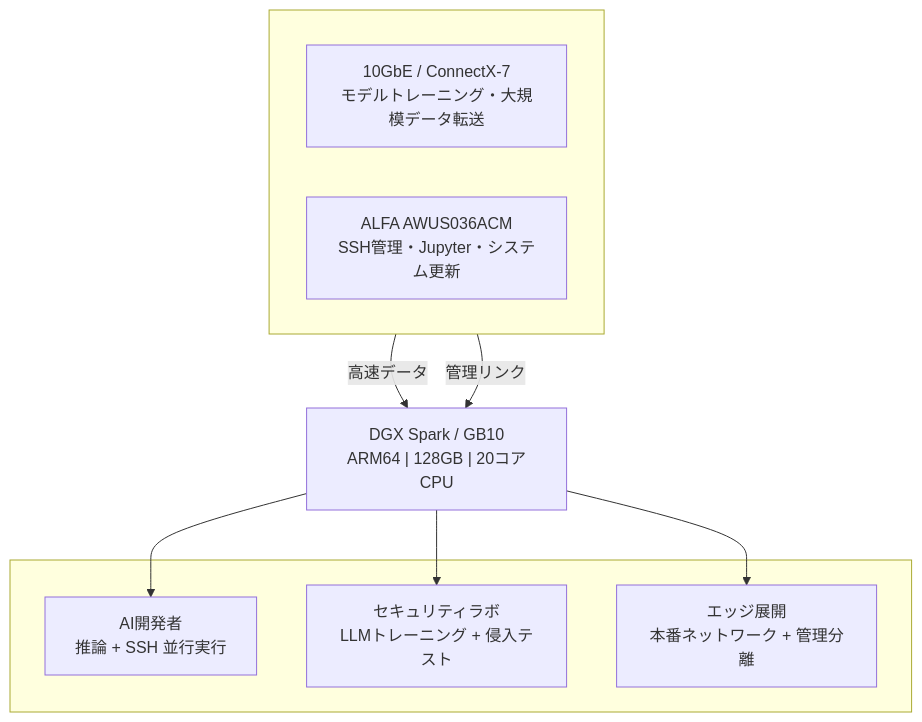
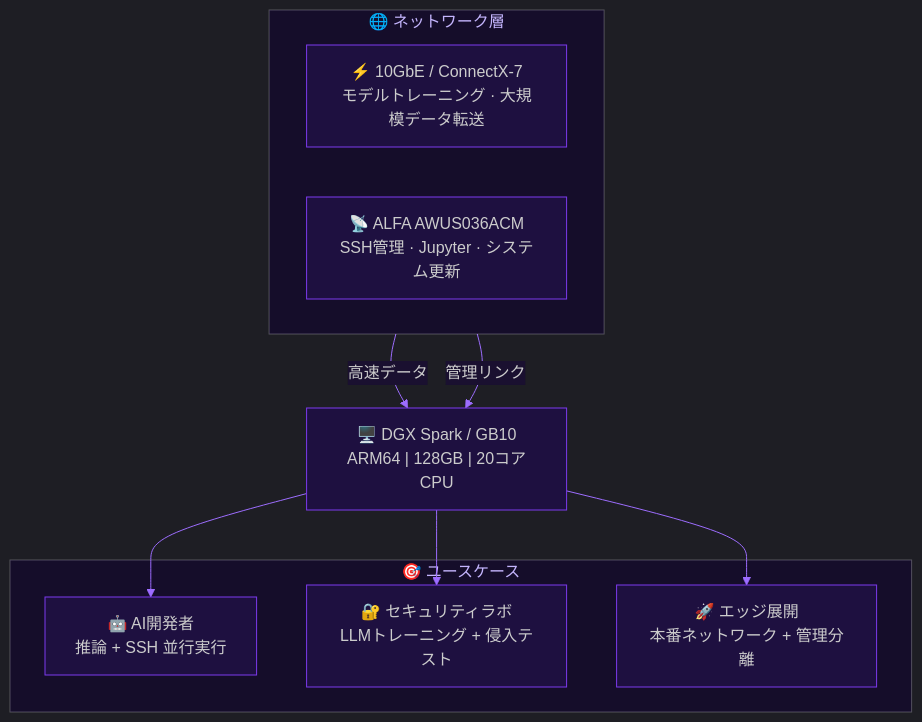
The diagram in content/ja/blog/dgx-spark-gb10-wifi-alfa-usb-fix/_index.md (yopitek/yupitek_official_web), drawn with Mermaid before and after one commit. The commit also changed 9 other files, not shown here.

First line of the commit message:
style: upgrade mermaid diagram to cyber purple theme (all 10 languages)

````diff
--- a/content/ja/blog/dgx-spark-gb10-wifi-alfa-usb-fix/_index.md
+++ b/content/ja/blog/dgx-spark-gb10-wifi-alfa-usb-fix/_index.md
@@ -217,22 +217,23 @@
 ```mermaid
+%%{init:{"theme":"dark","themeVariables":{"primaryColor":"#2d1f4e","primaryTextColor":"#e2d9f3","primaryBorderColor":"#7c3aed","lineColor":"#9d6dff","secondaryColor":"#1a1030","tertiaryColor":"#0e0818","background":"#0e0818","mainBkg":"#1e1040","nodeBorder":"#7c3aed","clusterBkg":"#150d2a","titleColor":"#c4b5fd","edgeLabelBackground":"#1a1030","attributeBackgroundColorEven":"#1e1040","attributeBackgroundColorOdd":"#150d2a"}}}%%
 flowchart TD
-    subgraph ネットワーク[" "]
+    subgraph sub1["🌐 ネットワーク層"]
         direction LR
-        A["10GbE / ConnectX-7<br/>モデルトレーニング・大規模データ転送"]
-        B["ALFA AWUS036ACM<br/>SSH管理・Jupyter・システム更新"]
+        A["⚡ 10GbE / ConnectX-7<br/>モデルトレーニング · 大規模データ転送"]
+        B["📡 ALFA AWUS036ACM<br/>SSH管理 · Jupyter · システム更新"]
     end
 
-    C["DGX Spark / GB10<br/>ARM64 | 128GB | 20コアCPU"]
+    C["🖥️ DGX Spark / GB10<br/>ARM64 | 128GB | 20コアCPU"]
 
-    subgraph ユースケース[" "]
-        D["AI開発者<br/>推論 + SSH 並行実行"]
-        E["セキュリティラボ<br/>LLMトレーニング + 侵入テスト"]
-        F["エッジ展開<br/>本番ネットワーク + 管理分離"]
+    subgraph sub2["🎯 ユースケース"]
+        D["🤖 AI開発者<br/>推論 + SSH 並行実行"]
+        E["🔐 セキュリティラボ<br/>LLMトレーニング + 侵入テスト"]
+        F["🚀 エッジ展開<br/>本番ネットワーク + 管理分離"]
     end
 
     A -->|高速データ| C
     B -->|管理リンク| C
     C --> D
     C --> E
     C --> F
 ```
````
